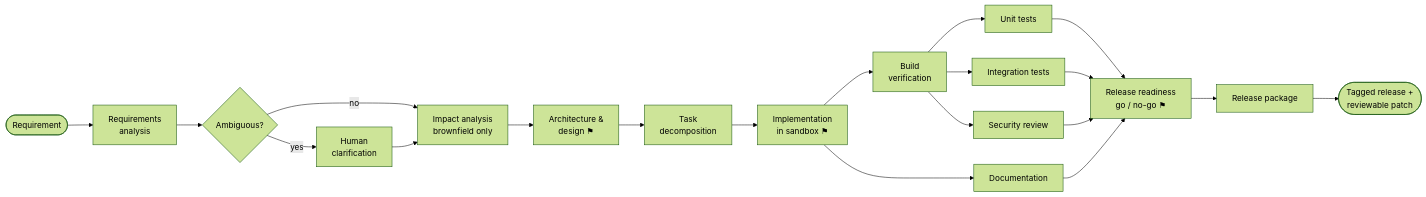
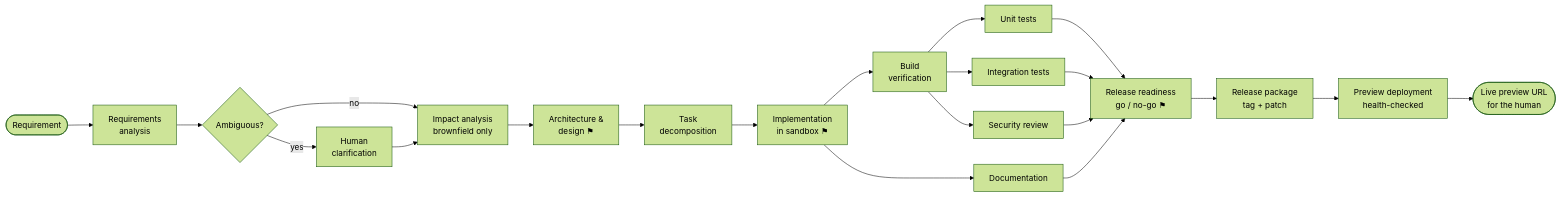
One commit to shoebsr/agentic-sdlc-url-shortener changed the first of 12 diagrams in docs/03-flowcharts.md. Above: the diagram before and after it, drawn with Mermaid (forest theme). The commit also changed other lines of this file and 23 other files, not shown here.

First line of the commit message:
feat(orchestrator): preview deployment of released builds, containerised orchestrator and dashboard layout fixes

````diff
--- a/docs/03-flowcharts.md
+++ b/docs/03-flowcharts.md
@@ -27,19 +27,20 @@
 ```mermaid
 flowchart LR
     A([Requirement]) --> B[Requirements<br/>analysis]
     B --> C{Ambiguous?}
     C -- yes --> D[Human<br/>clarification]
     C -- no --> E
     D --> E[Impact analysis<br/>brownfield only]
     E --> F[Architecture &<br/>design ⚑]
     F --> G[Task<br/>decomposition]
     G --> H[Implementation<br/>in sandbox ⚑]
     H --> I[Build<br/>verification]
     H --> J[Documentation]
     I --> K[Unit tests]
     I --> L[Integration tests]
     I --> M[Security review]
     K & L & M & J --> N[Release readiness<br/>go / no-go ⚑]
-    N --> O[Release package]
-    O --> P([Tagged release +<br/>reviewable patch])
+    N --> O[Release package<br/>tag + patch]
+    O --> Q[Preview deployment<br/>health-checked]
+    Q --> P([Live preview URL<br/>for the human])
 ```
````
